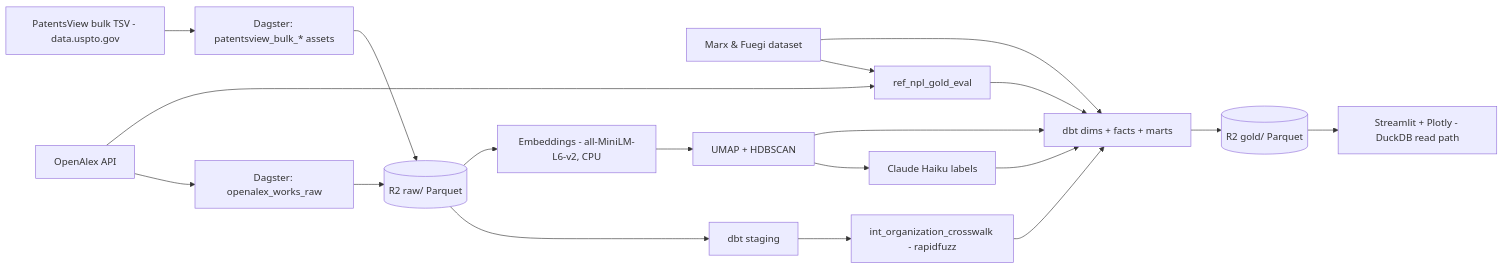
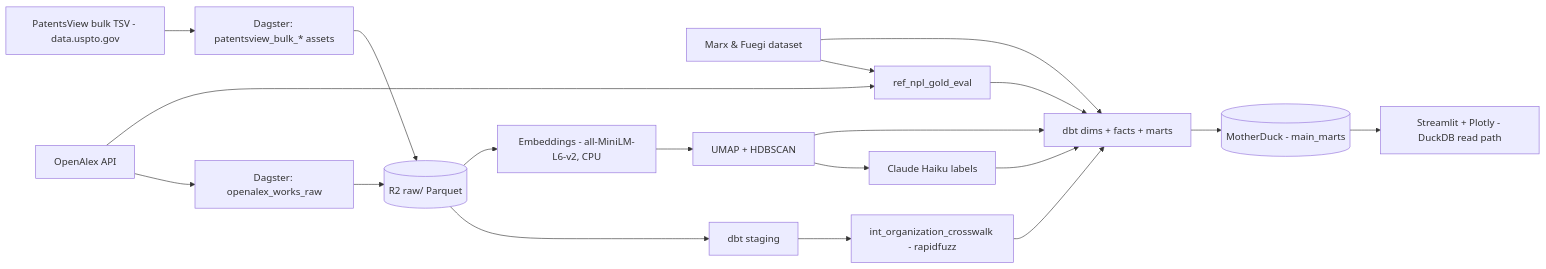
One commit to RM3006/paper-to-patent changed the diagram in ARCHITECTURE.md. Above: the diagram before and after it, drawn with Mermaid. The commit also changed other lines of this file and 4 other files, not shown here.

````diff
--- a/ARCHITECTURE.md
+++ b/ARCHITECTURE.md
@@ -18,21 +18,21 @@
 ```mermaid
 flowchart LR
   OA[OpenAlex API] --> OAi[Dagster: openalex_works_raw]
   PV[PatentsView bulk TSV - data.uspto.gov] --> PVi[Dagster: patentsview_bulk_* assets]
   MF[Marx & Fuegi dataset] --> EVAL[ref_npl_gold_eval]
   MF --> MART
   OA --> EVAL
   OAi --> RAW[(R2 raw/ Parquet)]
   PVi --> RAW
   RAW --> STG[dbt staging]
   STG --> ER[int_organization_crosswalk - rapidfuzz]
   ER --> MART[dbt dims + facts + marts]
   RAW --> EMB[Embeddings - all-MiniLM-L6-v2, CPU]
   EMB --> CLU[UMAP + HDBSCAN]
   CLU --> LAB[Claude Haiku labels]
   CLU --> MART
   LAB --> MART
   EVAL --> MART
-  MART --> GOLD[(R2 gold/ Parquet)]
-  GOLD --> APP[Streamlit + Plotly - DuckDB read path]
+  MART --> MD[(MotherDuck - main_marts)]
+  MD --> APP[Streamlit + Plotly - DuckDB read path]
 ```
````
